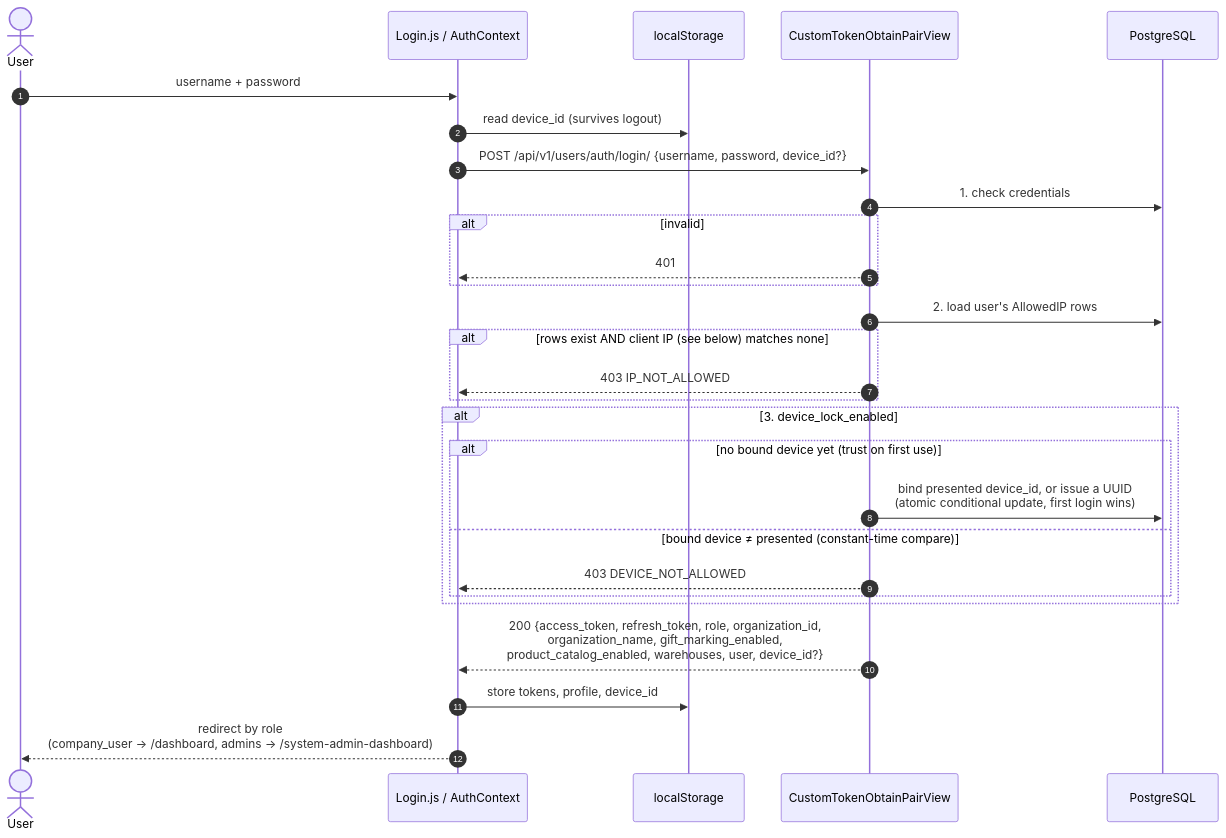
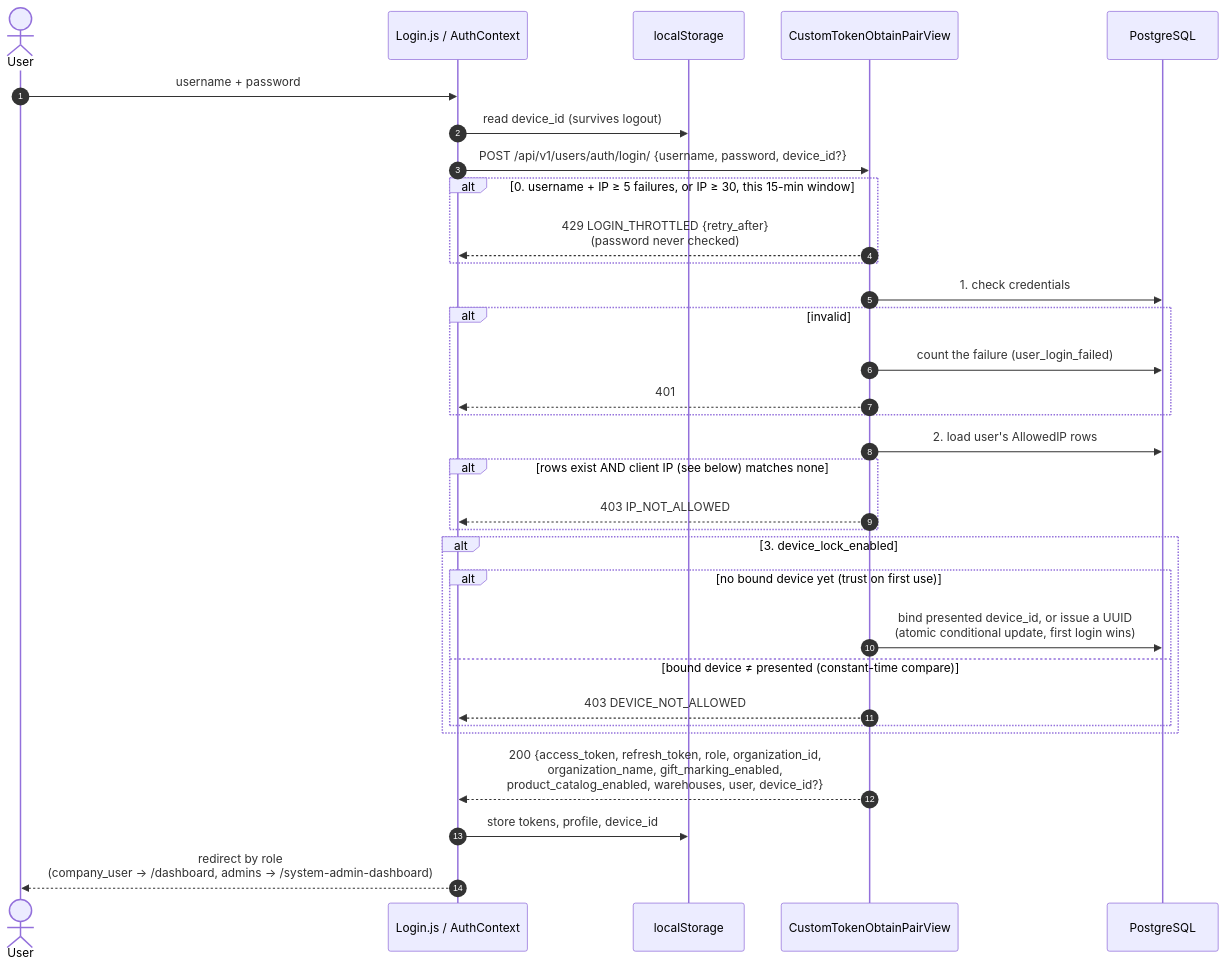
The first of 3 diagrams in docs/architecture/04-authentication.md (Iknow-dot/barcode-scanner-app), drawn with Mermaid before and after one commit. The commit also changed other lines of this file and 19 other files, not shown here.

````diff
--- a/docs/architecture/04-authentication.md
+++ b/docs/architecture/04-authentication.md
@@ -9,35 +9,40 @@
 ```mermaid
 sequenceDiagram
     autonumber
     actor U as User
     participant FE as Login.js / AuthContext
     participant LS as localStorage
     participant API as CustomTokenObtainPairView
     participant DB as PostgreSQL
 
     U->>FE: username + password
     FE->>LS: read device_id (survives logout)
     FE->>API: POST /api/v1/users/auth/login/ {username, password, device_id?}
 
+    alt 0. username + IP ≥ 5 failures, or IP ≥ 30, this 15-min window
+        API-->>FE: 429 LOGIN_THROTTLED {retry_after}<br/>(password never checked)
+    end
+
     API->>DB: 1. check credentials
     alt invalid
+        API->>DB: count the failure (user_login_failed)
         API-->>FE: 401
     end
 
     API->>DB: 2. load user's AllowedIP rows
     alt rows exist AND client IP (see below) matches none
         API-->>FE: 403 IP_NOT_ALLOWED
     end
 
     alt 3. device_lock_enabled
         alt no bound device yet (trust on first use)
             API->>DB: bind presented device_id, or issue a UUID<br/>(atomic conditional update, first login wins)
         else bound device ≠ presented (constant-time compare)
             API-->>FE: 403 DEVICE_NOT_ALLOWED
         end
     end
 
     API-->>FE: 200 {access_token, refresh_token, role, organization_id,<br/>organization_name, gift_marking_enabled,<br/>product_catalog_enabled, warehouses, user, device_id?}
     FE->>LS: store tokens, profile, device_id
     FE-->>U: redirect by role<br/>(company_user → /dashboard, admins → /system-admin-dashboard)
 ```
````
